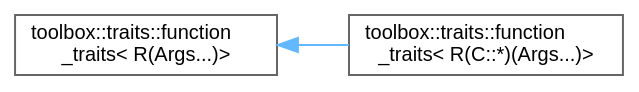
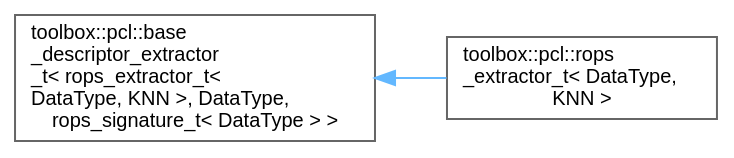
The diagram in inherit_graph_84.dot (nerdneilsfield/cpp-toolbox), drawn with Graphviz before and after one commit. The commit also changed 771 other files, not shown here.

```diff
--- a/inherit_graph_84.dot
+++ b/inherit_graph_84.dot
@@ -1,11 +1,11 @@
 digraph "Graphical Class Hierarchy"
 {
  // LATEX_PDF_SIZE
   bgcolor="transparent";
   edge [fontname=Helvetica,fontsize=10,labelfontname=Helvetica,labelfontsize=10];
   node [fontname=Helvetica,fontsize=10,shape=box,height=0.2,width=0.4];
   rankdir="LR";
-  Node0 [id="Node000000",label="toolbox::traits::function\l_traits\< R(Args...)\>",height=0.2,width=0.4,color="grey40", fillcolor="white", style="filled",URL="$structtoolbox_1_1traits_1_1function__traits_3_01_r_07_args_8_8_8_08_4.html",tooltip="普通函数的函数特征/Function traits for regular functions"];
-  Node0 -> Node1 [id="edge70_Node000000_Node000001",dir="back",color="steelblue1",style="solid",tooltip=" "];
-  Node1 [id="Node000001",label="toolbox::traits::function\l_traits\< R(C::*)(Args...)\>",height=0.2,width=0.4,color="grey40", fillcolor="white", style="filled",URL="$structtoolbox_1_1traits_1_1function__traits_3_01_r_07_c_1_1_5_08_07_args_8_8_8_08_4.html",tooltip="成员函数的函数特征/Function traits for member functions"];
+  Node0 [id="Node000000",label="toolbox::pcl::base\l_descriptor_extractor\l_t\< rops_extractor_t\<\l DataType, KNN \>, DataType,\l rops_signature_t\< DataType \> \>",height=0.2,width=0.4,color="grey40", fillcolor="white", style="filled",URL="$classtoolbox_1_1pcl_1_1base__descriptor__extractor__t.html",tooltip=" "];
+  Node0 -> Node1 [id="edge78_Node000000_Node000001",dir="back",color="steelblue1",style="solid",tooltip=" "];
+  Node1 [id="Node000001",label="toolbox::pcl::rops\l_extractor_t\< DataType,\l KNN \>",height=0.2,width=0.4,color="grey40", fillcolor="white", style="filled",URL="$classtoolbox_1_1pcl_1_1rops__extractor__t.html",tooltip=" "];
 }
```
